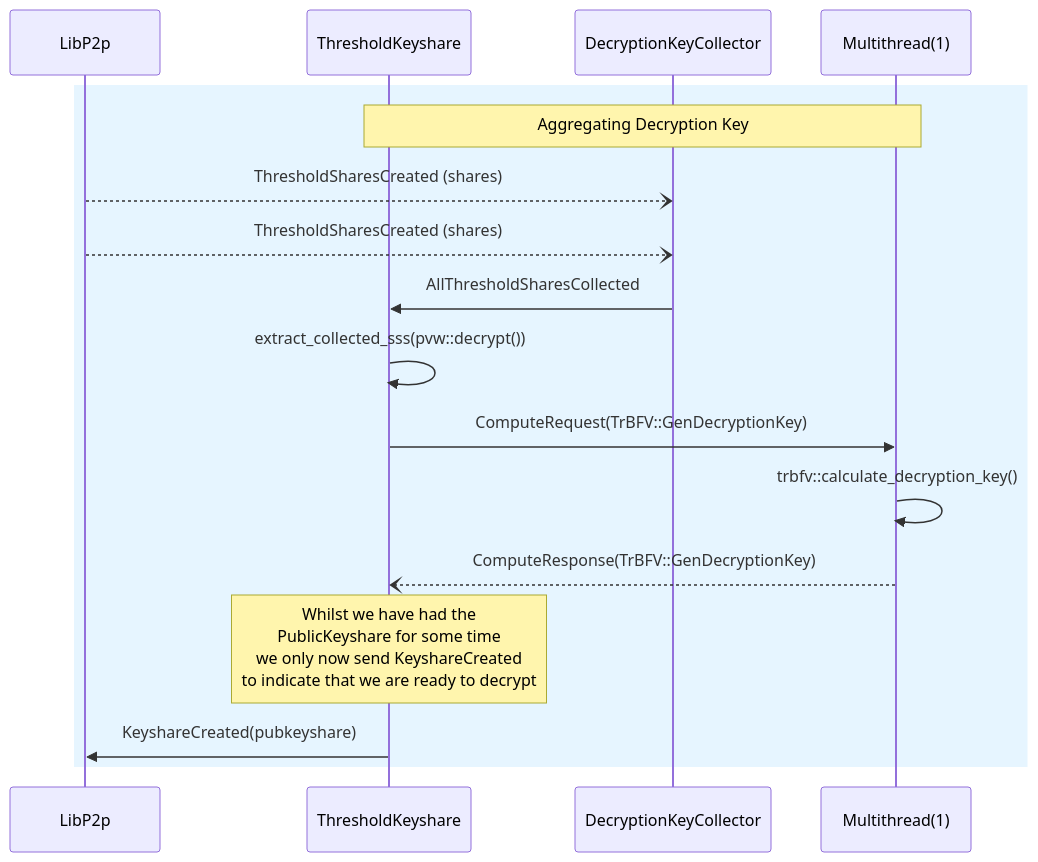
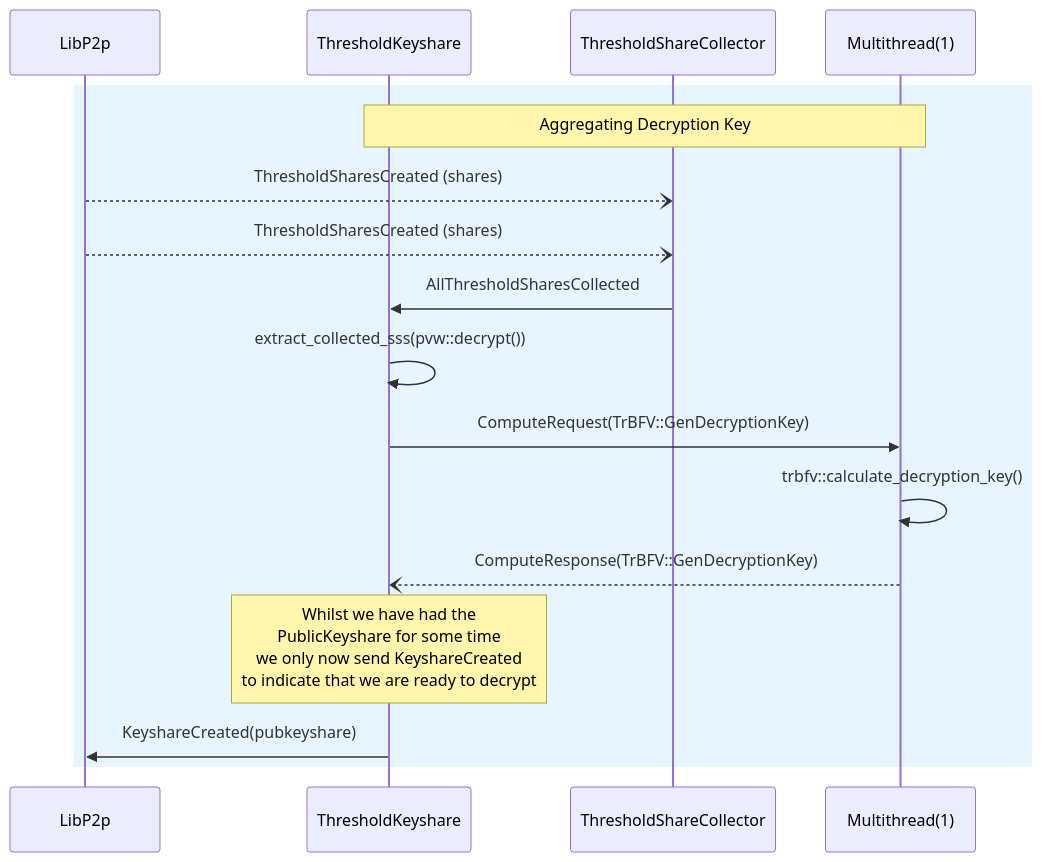
Before and after one commit to gnosisguild/enclave: the diagram in crates/keyshare/decryption_key_aggregation.mmd, drawn with Mermaid. The commit also changed 4 other files, not shown here.

```diff
--- a/crates/keyshare/decryption_key_aggregation.mmd
+++ b/crates/keyshare/decryption_key_aggregation.mmd
@@ -1,20 +1,20 @@
 sequenceDiagram
   participant L as LibP2p
   participant K as ThresholdKeyshare
-  participant K3 as DecryptionKeyCollector
+  participant K3 as ThresholdShareCollector
   participant M as Multithread(1)
 
   rect rgb(230, 245, 255)
     Note over K, M: Aggregating Decryption Key
     L --) K3: ThresholdSharesCreated (shares)
     L --) K3: ThresholdSharesCreated (shares)
     K3 ->> K: AllThresholdSharesCollected
     K ->> K: extract_collected_sss(pvw::decrypt())
     K ->> M: ComputeRequest(TrBFV::GenDecryptionKey)
     M ->> M: trbfv::calculate_decryption_key()
     M --) K: ComputeResponse(TrBFV::GenDecryptionKey)
     Note over K: Whilst we have had the <br/>PublicKeyshare for some time<br/> we only now send KeyshareCreated<br/> to indicate that we are ready to decrypt
     K ->> L: KeyshareCreated(pubkeyshare)
   end
 
   autonumber
```
